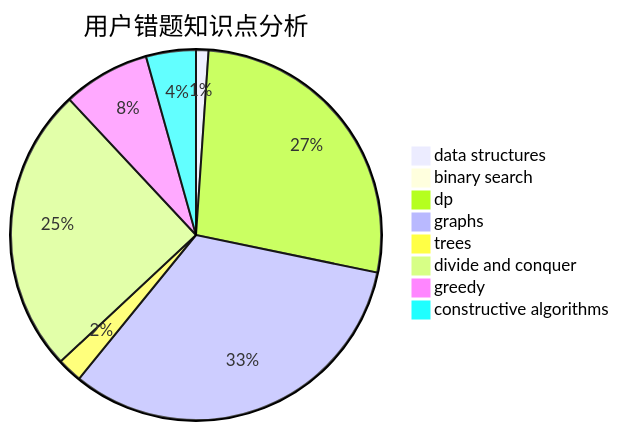
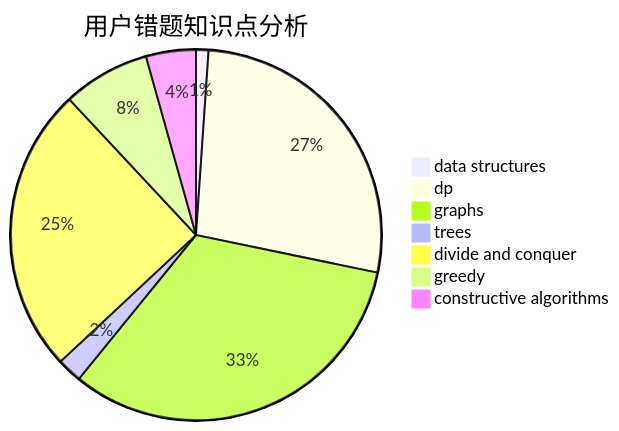
One commit to sherpahu/cfrs.github.io changed the third of 3 diagrams in docs/user/u37.md. Above: the diagram before and after it, drawn with Mermaid. The commit also changed other lines of this file and 2770 other files, not shown here.

````diff
--- a/docs/user/u37.md
+++ b/docs/user/u37.md
@@ -31,11 +30,10 @@
 ```mermaid
 pie title 用户错题知识点分析
     "data structures" :  1
-    "binary search" :  0
     "dp" :  25
     "graphs" :  30
     "trees" :  2
     "divide and conquer" :  23
     "greedy" :  7
     "constructive algorithms" :  4
 ```
````
